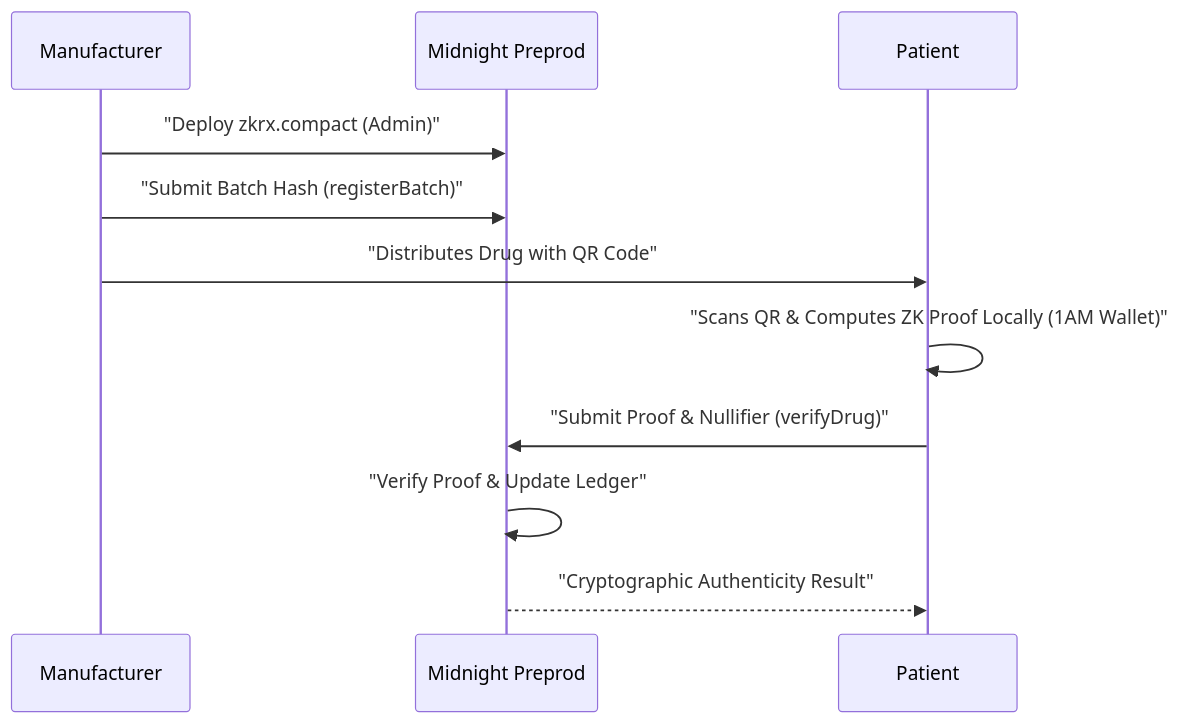
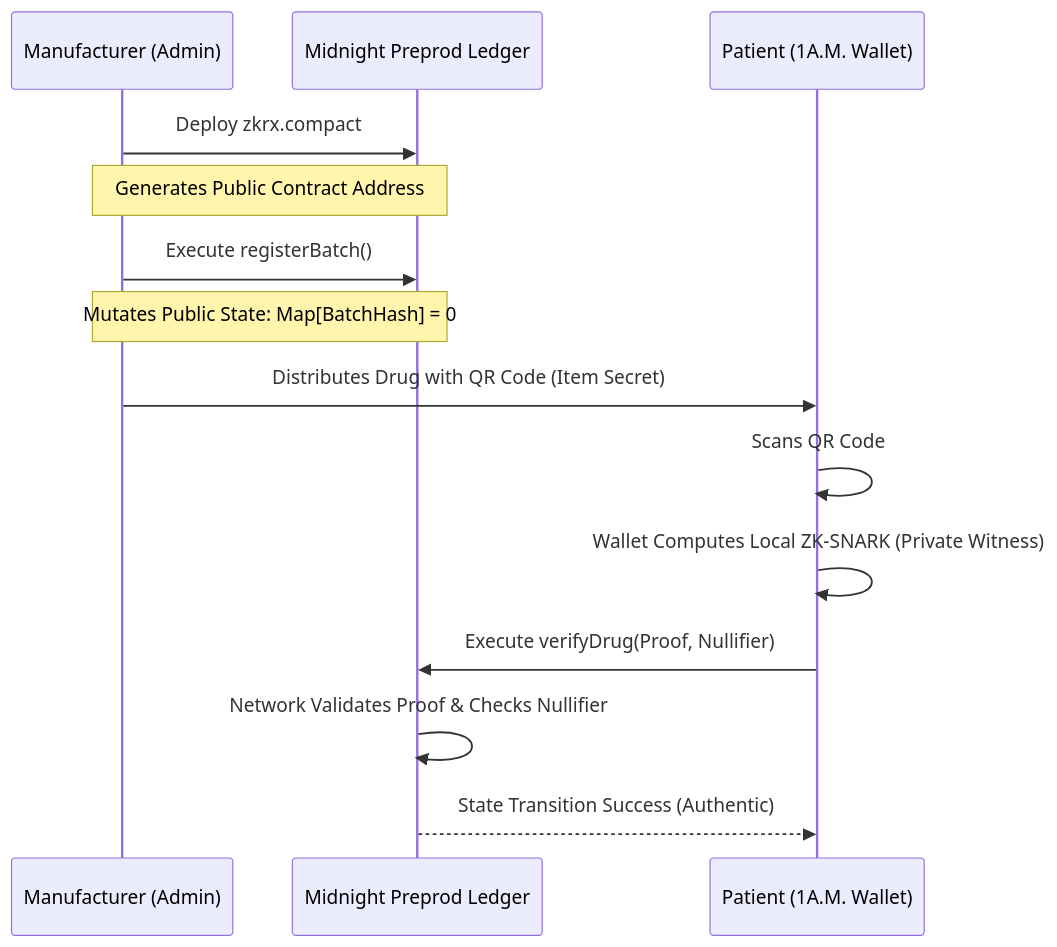
Before and after one commit to SimpleCoder26/ZKRx: the diagram in README.md, drawn with Mermaid. The commit also changed other lines of this file, not shown here.

````diff
--- a/README.md
+++ b/README.md
@@ -183,14 +157,17 @@
 ```mermaid
 sequenceDiagram
-    participant M as Manufacturer
-    participant N as Midnight Preprod
-    participant P as Patient
+    participant M as Manufacturer (Admin)
+    participant N as Midnight Preprod Ledger
+    participant P as Patient (1A.M. Wallet)
     
-    M->>N: "Deploy zkrx.compact (Admin)"
-    M->>N: "Submit Batch Hash (registerBatch)"
-    M->>P: "Distributes Drug with QR Code"
-    P->>P: "Scans QR & Computes ZK Proof Locally (1AM Wallet)"
-    P->>N: "Submit Proof & Nullifier (verifyDrug)"
-    N->>N: "Verify Proof & Update Ledger"
-    N-->>P: "Cryptographic Authenticity Result"
+    M->>N: Deploy zkrx.compact
+    Note over M,N: Generates Public Contract Address
+    M->>N: Execute registerBatch()
+    Note over M,N: Mutates Public State: Map[BatchHash] = 0
+    M->>P: Distributes Drug with QR Code (Item Secret)
+    P->>P: Scans QR Code
+    P->>P: Wallet Computes Local ZK-SNARK (Private Witness)
+    P->>N: Execute verifyDrug(Proof, Nullifier)
+    N->>N: Network Validates Proof & Checks Nullifier
+    N-->>P: State Transition Success (Authentic)
 ```
````
